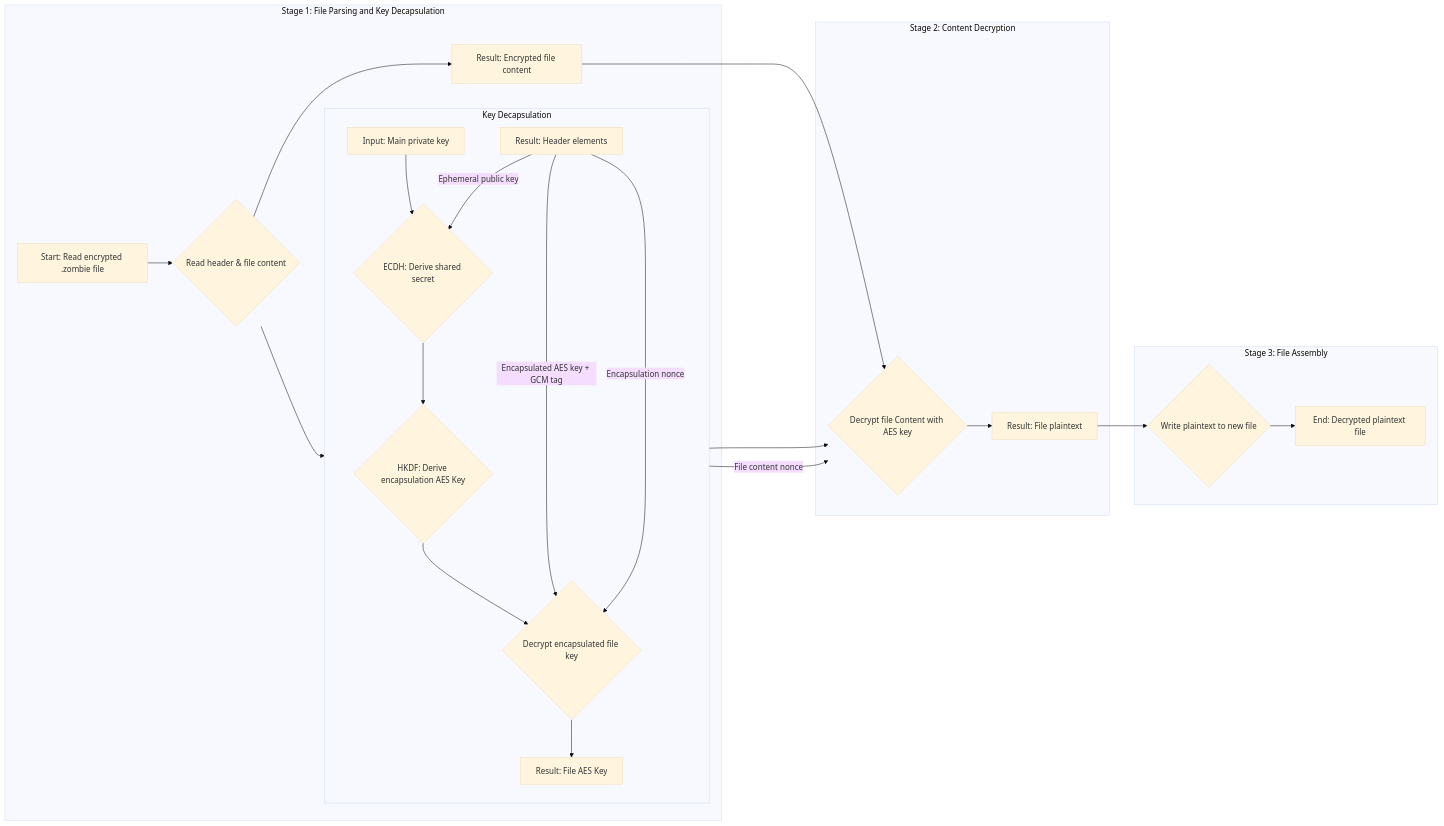
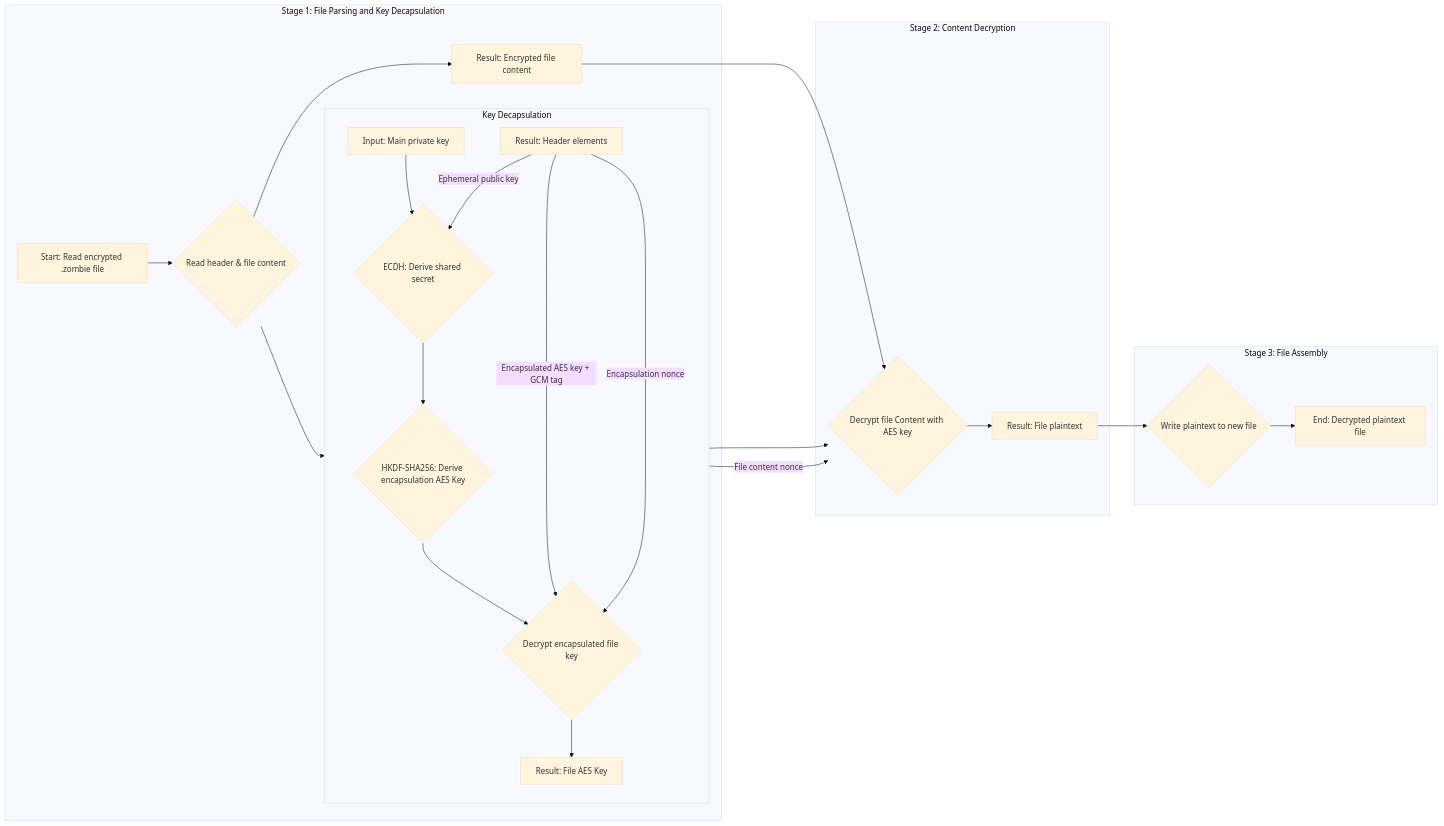
One commit to lopes/cordyceps changed the second of 2 diagrams in docs/cryptography.md. Above: the diagram before and after it, drawn with Mermaid (base theme). The commit also changed other lines of this file and 6 other files, not shown here.

````diff
--- a/docs/cryptography.md
+++ b/docs/cryptography.md
@@ -59,30 +61,30 @@
 ```mermaid
 graph LR
     subgraph Stage 1: File Parsing and Key Decapsulation
         A[Start: Read encrypted .zombie file] --> B{Read header & file content}
         B --> C[Result: Header elements] & D[Result: Encrypted file content]
 
         subgraph Key Decapsulation
             direction TB
             E[Input: Main private key] --> F{ECDH: Derive shared secret}
             C -- Ephemeral public key --> F
-            F --> G{HKDF: Derive encapsulation AES Key}
+            F --> G{HKDF-SHA256: Derive encapsulation AES Key}
             G --> H{Decrypt encapsulated file key}
             C -- Encapsulated AES key + GCM tag --> H
             C -- Encapsulation nonce --> H
             H --> I[Result: File AES Key]
         end
     end
 
     subgraph Stage 2: Content Decryption
         I --> J{Decrypt file Content with AES key}
         C -- File content nonce --> J
         D --> J
         J --> K[Result: File plaintext]
     end
 
     subgraph Stage 3: File Assembly
         K --> L{Write plaintext to new file}
         L --> M[End: Decrypted plaintext file]
     end
 ```
````
